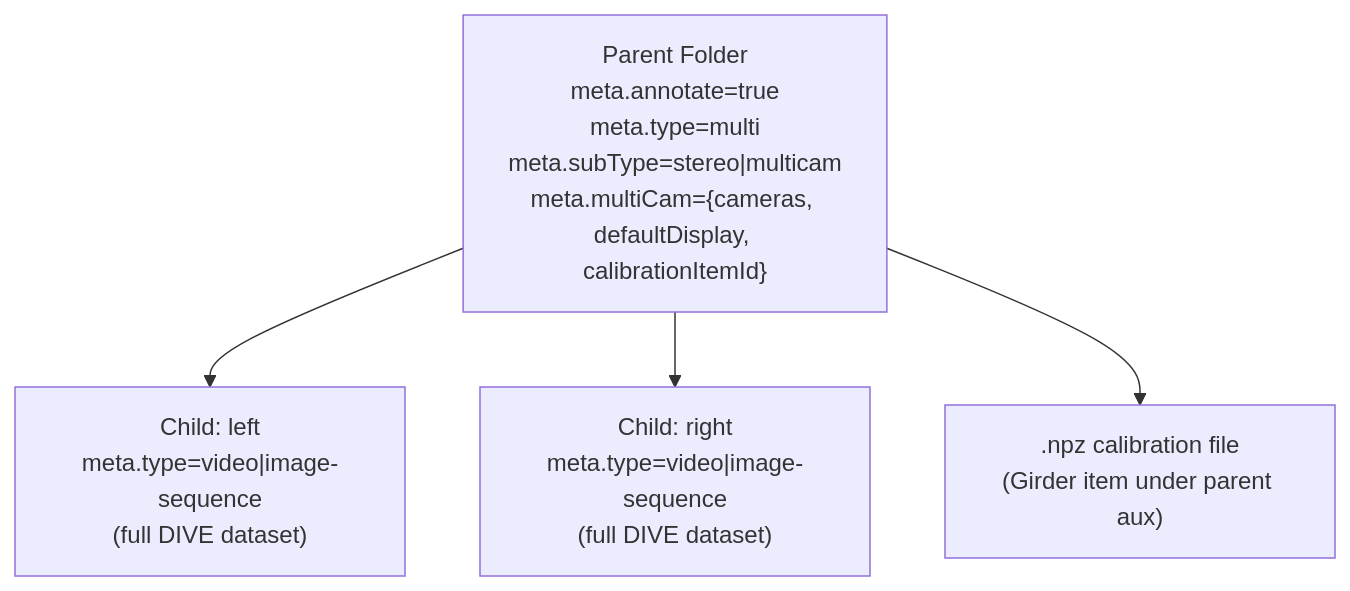
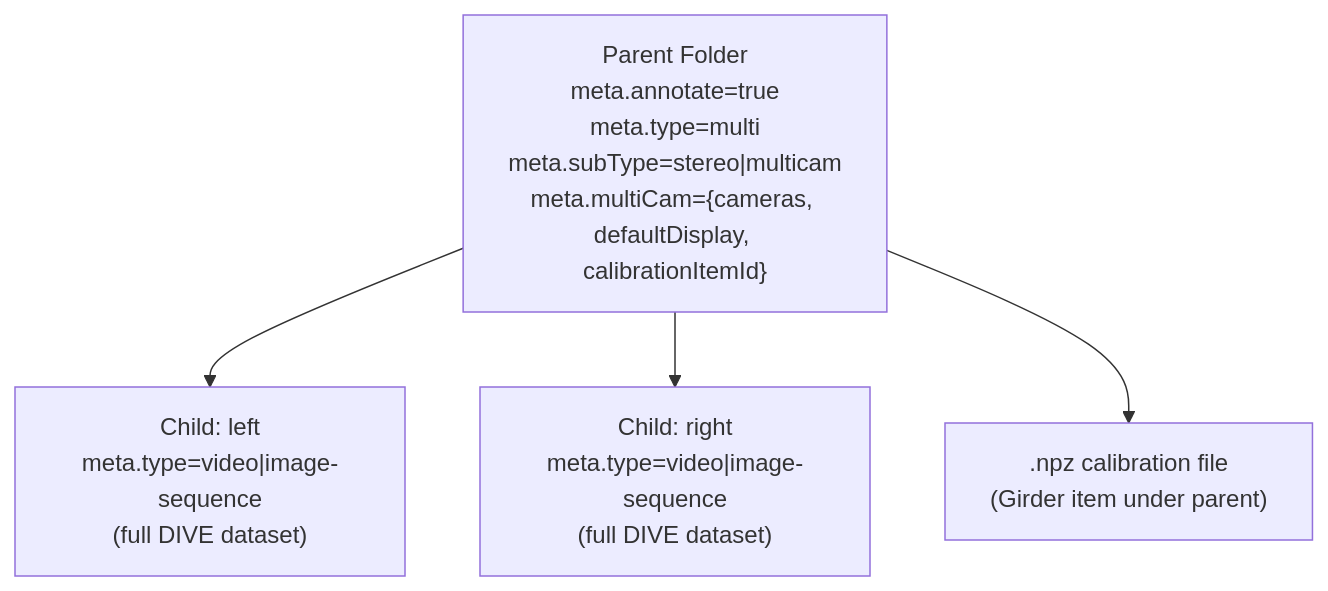
The first of 3 diagrams in WEB_MULTICAM_PLAN.MD (Kitware/dive), drawn with Mermaid before and after one commit. The commit also changed other lines of this file, not shown here.

````diff
--- a/WEB_MULTICAM_PLAN.MD
+++ b/WEB_MULTICAM_PLAN.MD
@@ -44,10 +61,10 @@
 ```mermaid
 flowchart TD
   Parent["Parent Folder<br/>meta.annotate=true<br/>meta.type=multi<br/>meta.subType=stereo|multicam<br/>meta.multiCam={cameras, defaultDisplay, calibrationItemId}"]
   Left["Child: left<br/>meta.type=video|image-sequence<br/>(full DIVE dataset)"]
   Right["Child: right<br/>meta.type=video|image-sequence<br/>(full DIVE dataset)"]
-  CalFile[".npz calibration file<br/>(Girder item under parent aux)"]
+  CalFile[".npz calibration file<br/>(Girder item under parent)"]
   Parent --> Left
   Parent --> Right
   Parent --> CalFile
 ```
````
